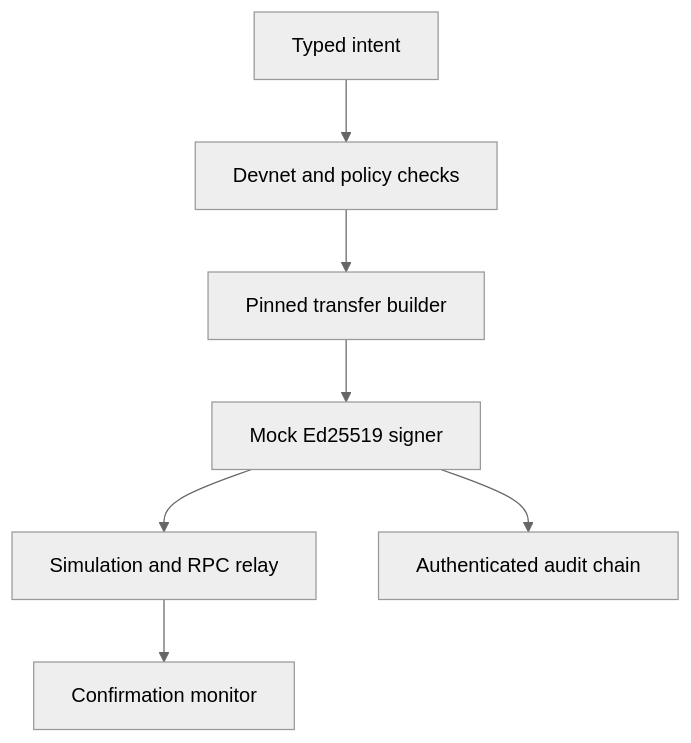
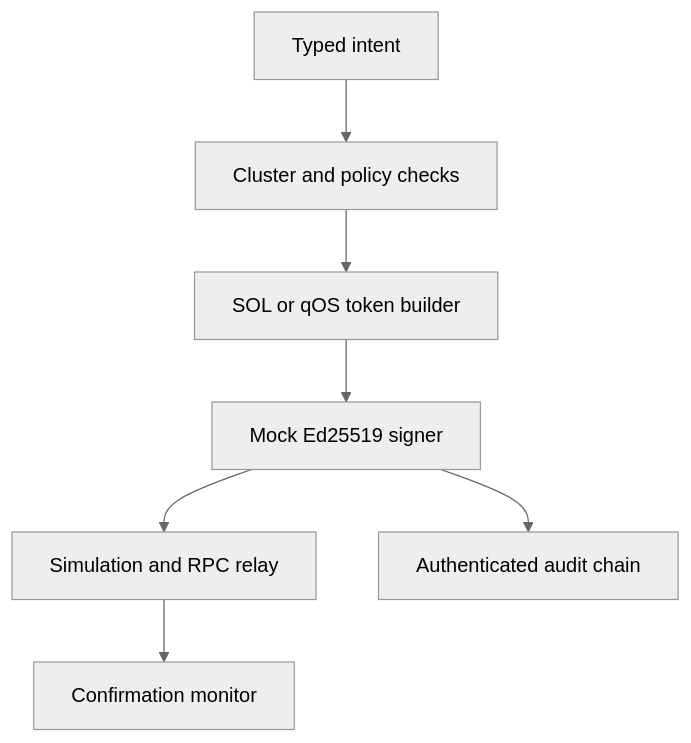
Before and after one commit to Quantized-OS/qOS: the second of 3 diagrams in docs/ARCHITECTURE.md, drawn with Mermaid (neutral theme). The commit also changed other lines of this file and 23 other files, not shown here.

````diff
--- a/docs/ARCHITECTURE.md
+++ b/docs/ARCHITECTURE.md
@@ -80,9 +80,9 @@
 ```mermaid
 flowchart TD
-    A[Typed intent] --> B[Devnet and policy checks]
-    B --> C[Pinned transfer builder]
+    A[Typed intent] --> B[Cluster and policy checks]
+    B --> C[SOL or qOS token builder]
     C --> D[Mock Ed25519 signer]
     D --> E[Simulation and RPC relay]
     E --> F[Confirmation monitor]
     D --> G[Authenticated audit chain]
 ```
````
